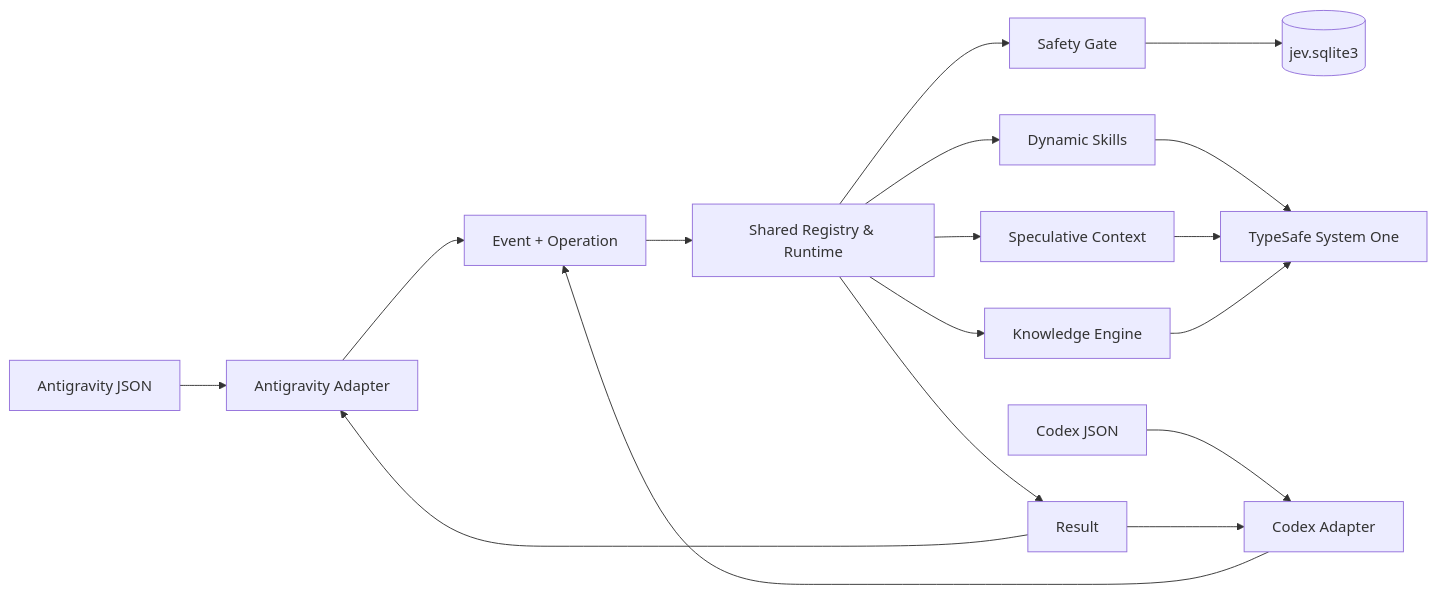
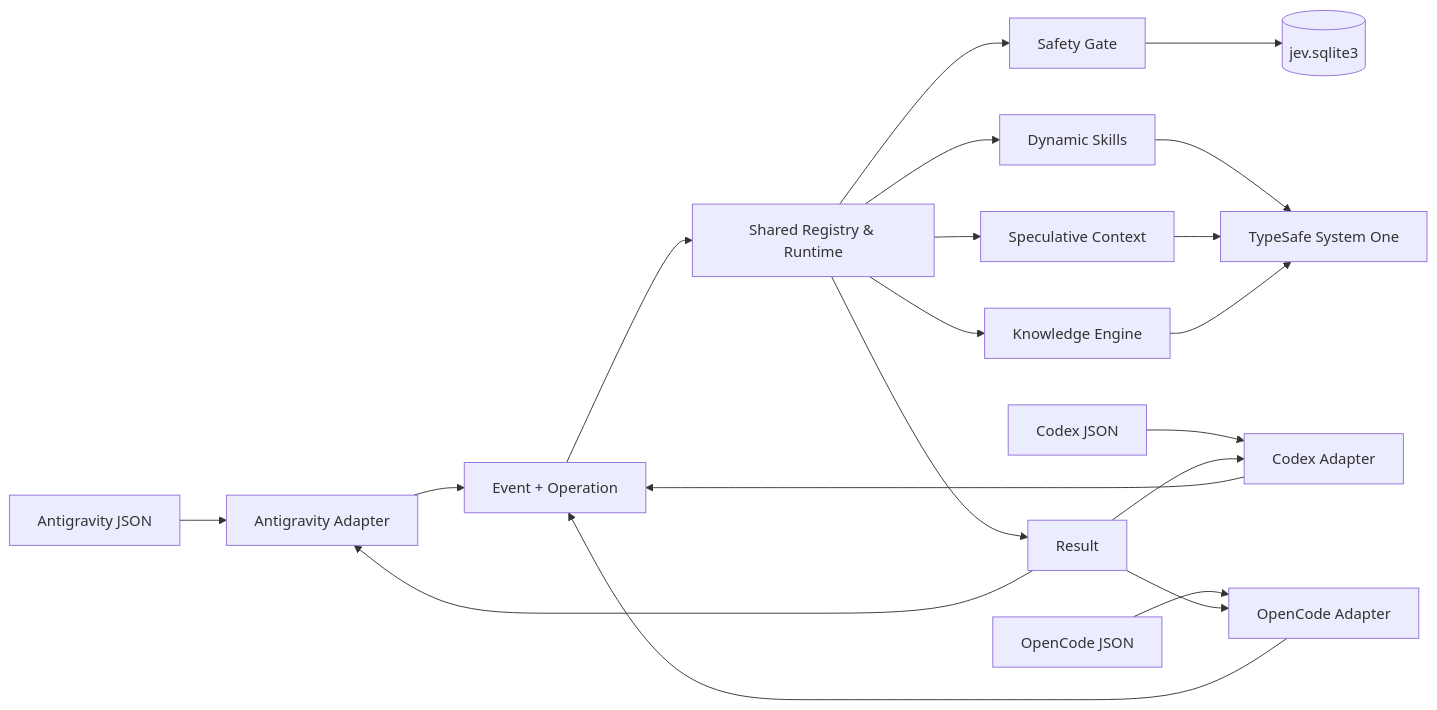
Before and after one commit to Ajasra/jev-hooks: the diagram in docs/ARCHITECTURE.md, drawn with Mermaid. The commit also changed other lines of this file and 14 other files, not shown here.

````diff
--- a/docs/ARCHITECTURE.md
+++ b/docs/ARCHITECTURE.md
@@ -15,19 +15,22 @@
 ```mermaid
 flowchart LR
     A[Antigravity JSON] --> AA[Antigravity Adapter]
     C[Codex JSON] --> CA[Codex Adapter]
+    OC[OpenCode JSON] --> OA[OpenCode Adapter]
     AA --> E[Event + Operation]
     CA --> E
+    OA --> E
     E --> R[Shared Registry & Runtime]
     R --> S[Safety Gate]
     R --> SK[Dynamic Skills]
     R --> P[Speculative Context]
     R --> K[Knowledge Engine]
     S --> DB[(jev.sqlite3)]
     SK --> J[TypeSafe System One]
     P --> J
     K --> J
     R --> O[Result]
     O --> AA
     O --> CA
+    O --> OA
 ```
````
